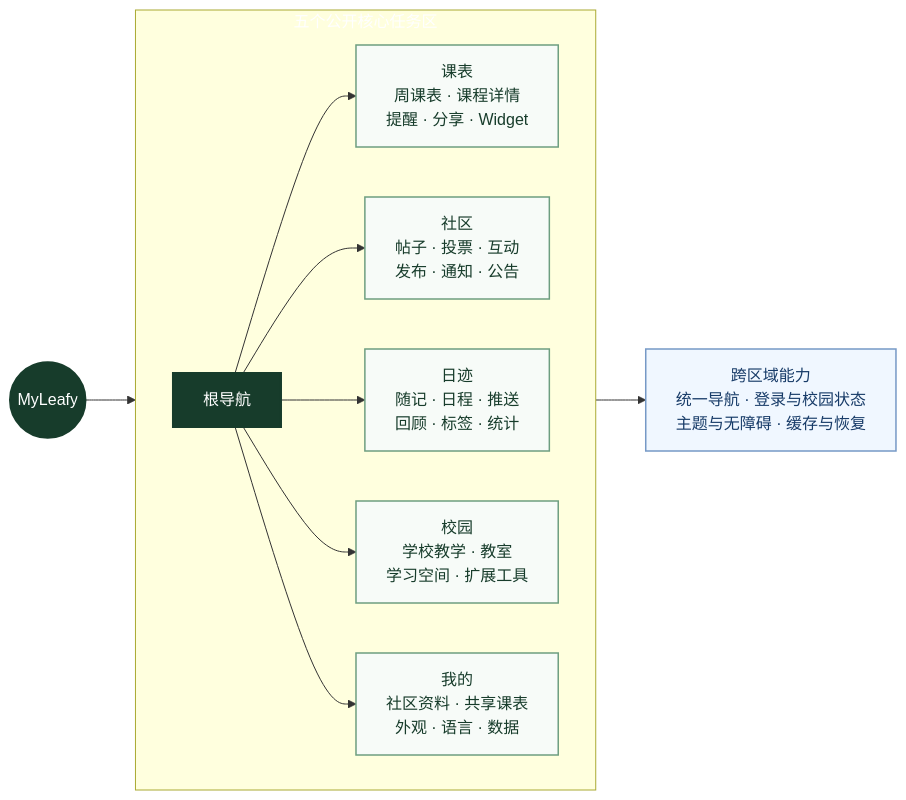
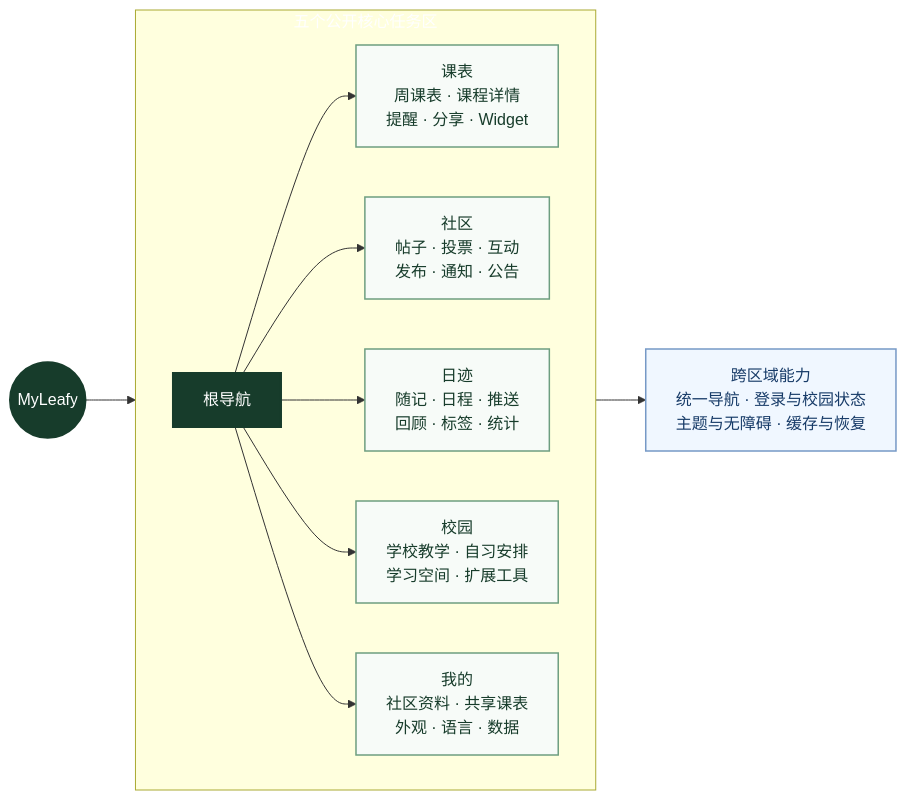
One commit to IsaacHuo/MyLeafy changed the diagram in docs/design/app-design.md. Above: the diagram before and after it, drawn with Mermaid. The commit also changed other lines of this file and 17 other files, not shown here.

````diff
--- a/docs/design/app-design.md
+++ b/docs/design/app-design.md
@@ -34,22 +34,22 @@
 ```mermaid
 flowchart LR
     App(("MyLeafy")) --> Nav["根导航"]
 
     subgraph Tasks["五个公开核心任务区"]
         direction LR
         Nav --> Timetable["课表<br/>周课表 · 课程详情<br/>提醒 · 分享 · Widget"]
         Nav --> Community["社区<br/>帖子 · 投票 · 互动<br/>发布 · 通知 · 公告"]
         Nav --> Journal["日迹<br/>随记 · 日程 · 推送<br/>回顾 · 标签 · 统计"]
-        Nav --> Campus["校园<br/>学校教学 · 教室<br/>学习空间 · 扩展工具"]
+        Nav --> Campus["校园<br/>学校教学 · 自习安排<br/>学习空间 · 扩展工具"]
         Nav --> Profile["我的<br/>社区资料 · 共享课表<br/>外观 · 语言 · 数据"]
     end
 
     Nav --> Shared["跨区域能力<br/>统一导航 · 登录与校园状态<br/>主题与无障碍 · 缓存与恢复"]
 
     classDef root fill:#173C2B,stroke:#173C2B,color:#FFFFFF,stroke-width:2px;
     classDef area fill:#F7FBF8,stroke:#6E9E80,color:#173C2B,stroke-width:1.5px;
     classDef shared fill:#F0F7FF,stroke:#7699C6,color:#173B68,stroke-width:1.5px;
     class App,Nav root;
     class Timetable,Community,Journal,Campus,Profile area;
     class Shared shared;
 ```
````
